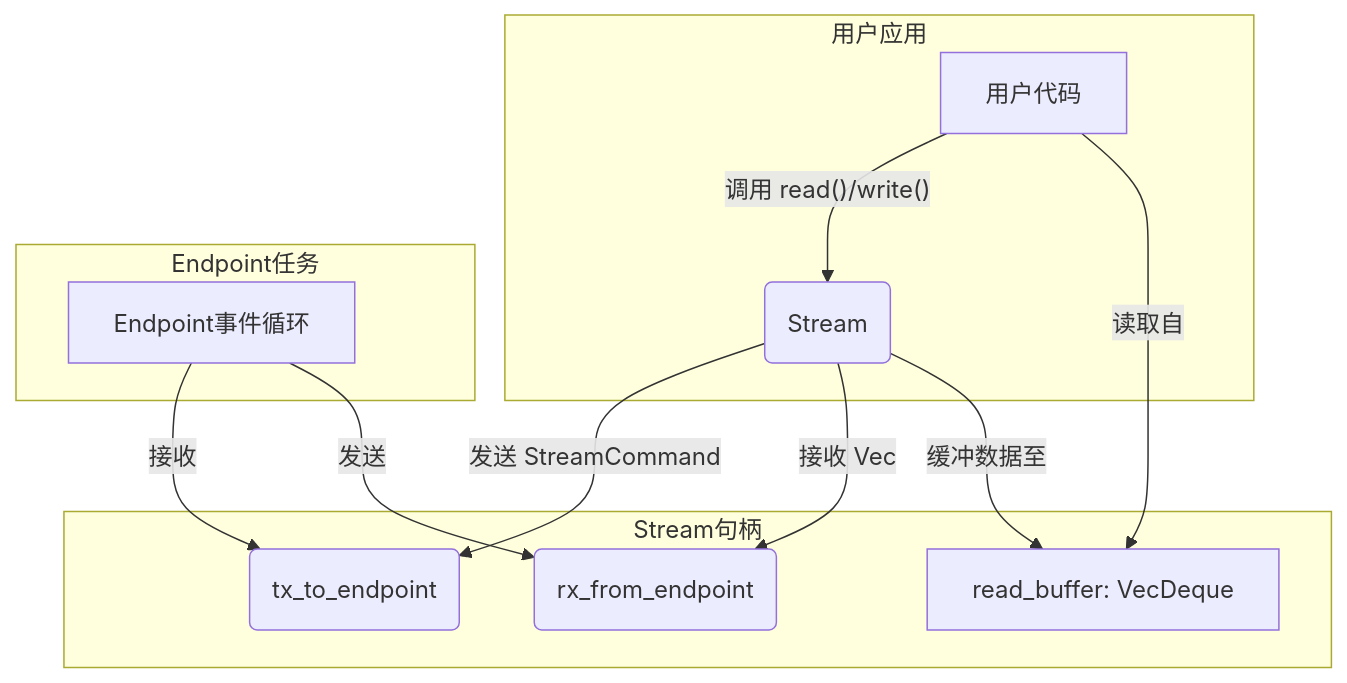
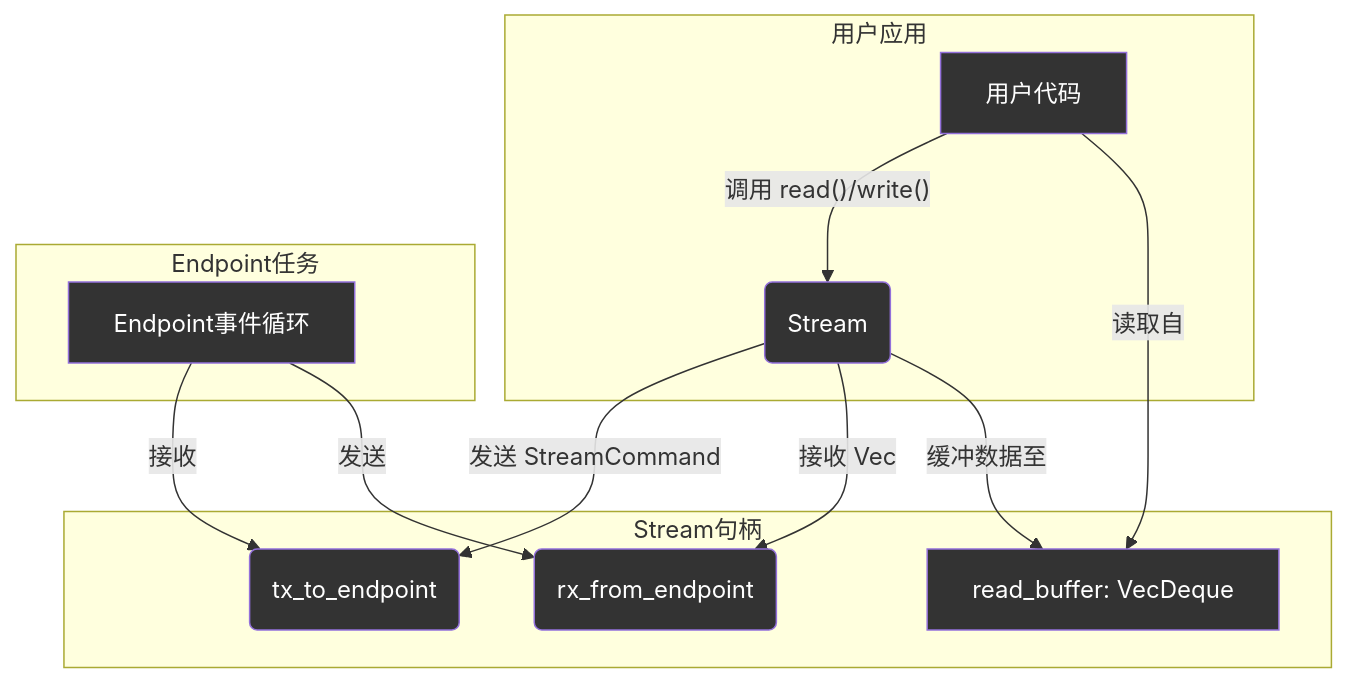
The diagram in docs/src/dev-docs/components/stream.md (ShaoG-R/kestrel-protocol), drawn with Mermaid before and after one commit. The commit also changed 5 other files, not shown here.

````diff
--- a/docs/src/dev-docs/components/stream.md
+++ b/docs/src/dev-docs/components/stream.md
@@ -33,19 +33,27 @@
 ```mermaid
 graph TD
     subgraph "用户应用"
         A["用户代码"] -- "调用 read()/write()" --> B(Stream)
     end
 
     subgraph "Stream句柄"
         B -- "发送 StreamCommand" --> C(tx_to_endpoint)
         B -- "接收 Vec<Bytes>" --> D(rx_from_endpoint)
         B -- "缓冲数据至" --> E["read_buffer: VecDeque<Bytes>"]
     end
 
     subgraph "Endpoint任务"
         F["Endpoint事件循环"] -- "接收" --> C
         F -- "发送" --> D
     end
 
     A -- "读取自" --> E
+
+    style A fill:#333,color:#fff
+    style B fill:#333,color:#fff
+    style C fill:#333,color:#fff
+    style D fill:#333,color:#fff
+    style E fill:#333,color:#fff
+    style F fill:#333,color:#fff
+	
 ```
````
